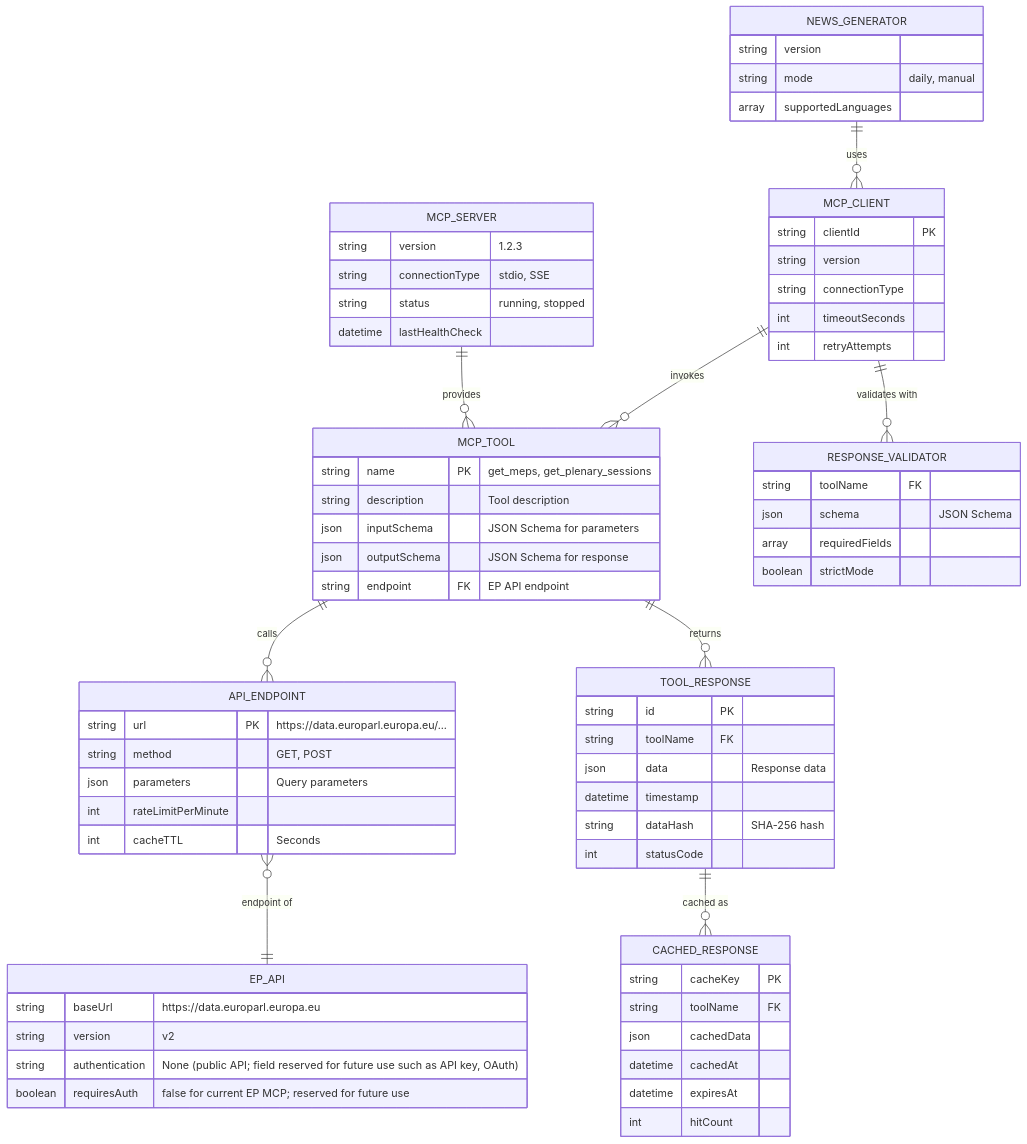
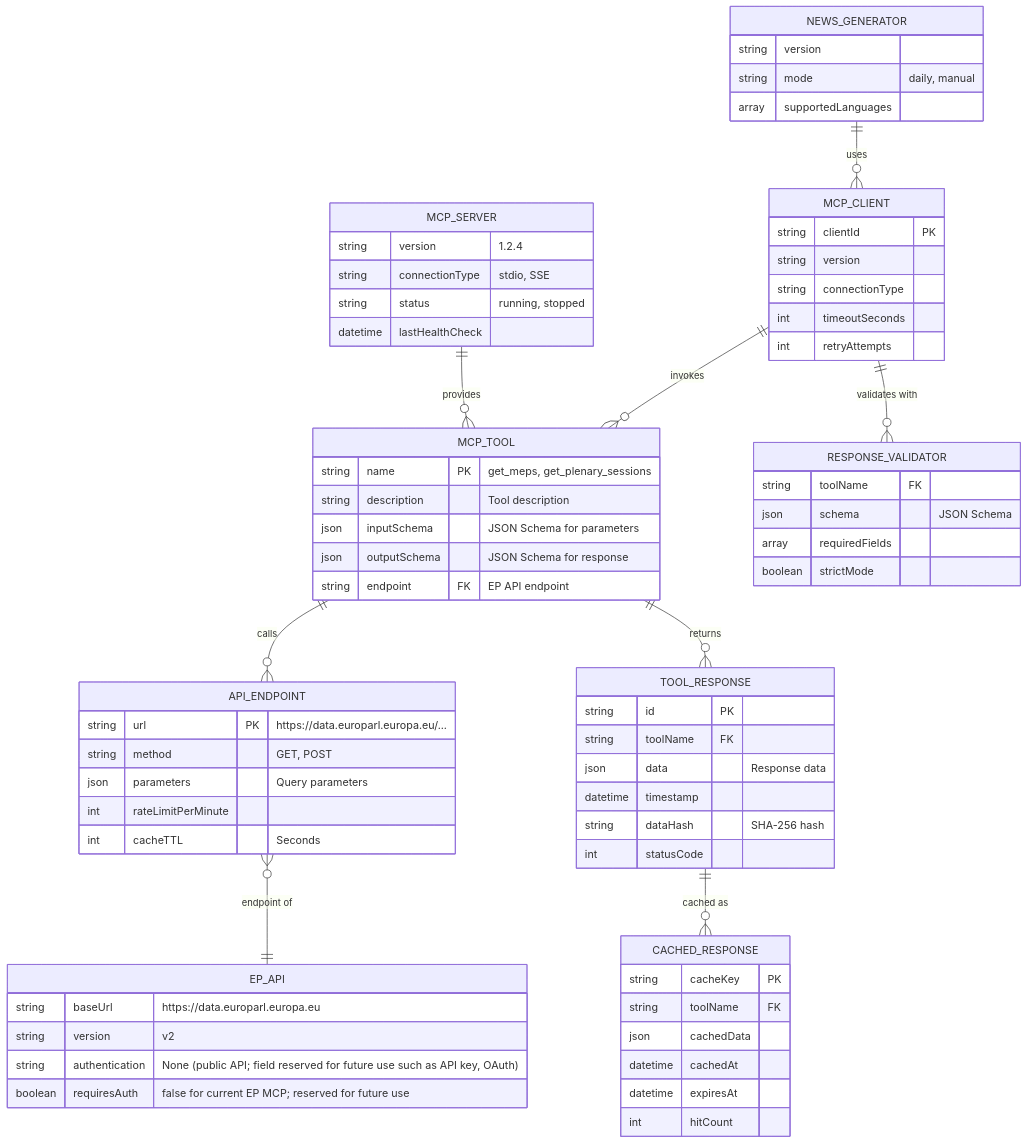
The third of 9 diagrams in DATA_MODEL.md (Hack23/euparliamentmonitor), drawn with Mermaid before and after one commit. The commit also changed 36 other files, not shown here.

````diff
--- a/DATA_MODEL.md
+++ b/DATA_MODEL.md
@@ -653,81 +653,81 @@
 ```mermaid
 erDiagram
     MCP_SERVER ||--o{ MCP_TOOL : "provides"
     MCP_TOOL ||--o{ API_ENDPOINT : "calls"
     API_ENDPOINT }o--|| EP_API : "endpoint of"
     MCP_TOOL ||--o{ TOOL_RESPONSE : "returns"
     TOOL_RESPONSE ||--o{ CACHED_RESPONSE : "cached as"
 
     NEWS_GENERATOR ||--o{ MCP_CLIENT : "uses"
     MCP_CLIENT ||--o{ MCP_TOOL : "invokes"
     MCP_CLIENT ||--o{ RESPONSE_VALIDATOR : "validates with"
 
     MCP_SERVER {
-        string version "1.2.3"
+        string version "1.2.4"
         string connectionType "stdio, SSE"
         string status "running, stopped"
         datetime lastHealthCheck
     }
 
     MCP_TOOL {
         string name PK "get_meps, get_plenary_sessions"
         string description "Tool description"
         json inputSchema "JSON Schema for parameters"
         json outputSchema "JSON Schema for response"
         string endpoint FK "EP API endpoint"
     }
 
     API_ENDPOINT {
         string url PK "https://data.europarl.europa.eu/..."
         string method "GET, POST"
         json parameters "Query parameters"
         int rateLimitPerMinute
         int cacheTTL "Seconds"
     }
 
     EP_API {
         string baseUrl "https://data.europarl.europa.eu"
         string version "v2"
         string authentication "None (public API; field reserved for future use such as API key, OAuth)"
         boolean requiresAuth "false for current EP MCP; reserved for future use"
     }
 
     TOOL_RESPONSE {
         string id PK
         string toolName FK
         json data "Response data"
         datetime timestamp
         string dataHash "SHA-256 hash"
         int statusCode
     }
 
     CACHED_RESPONSE {
         string cacheKey PK
         string toolName FK
         json cachedData
         datetime cachedAt
         datetime expiresAt
         int hitCount
     }
 
     MCP_CLIENT {
         string clientId PK
         string version
         string connectionType
         int timeoutSeconds
         int retryAttempts
     }
 
     RESPONSE_VALIDATOR {
         string toolName FK
         json schema "JSON Schema"
         array requiredFields
         boolean strictMode
     }
 
     NEWS_GENERATOR {
         string version
         string mode "daily, manual"
         array supportedLanguages
     }
 ```
````
